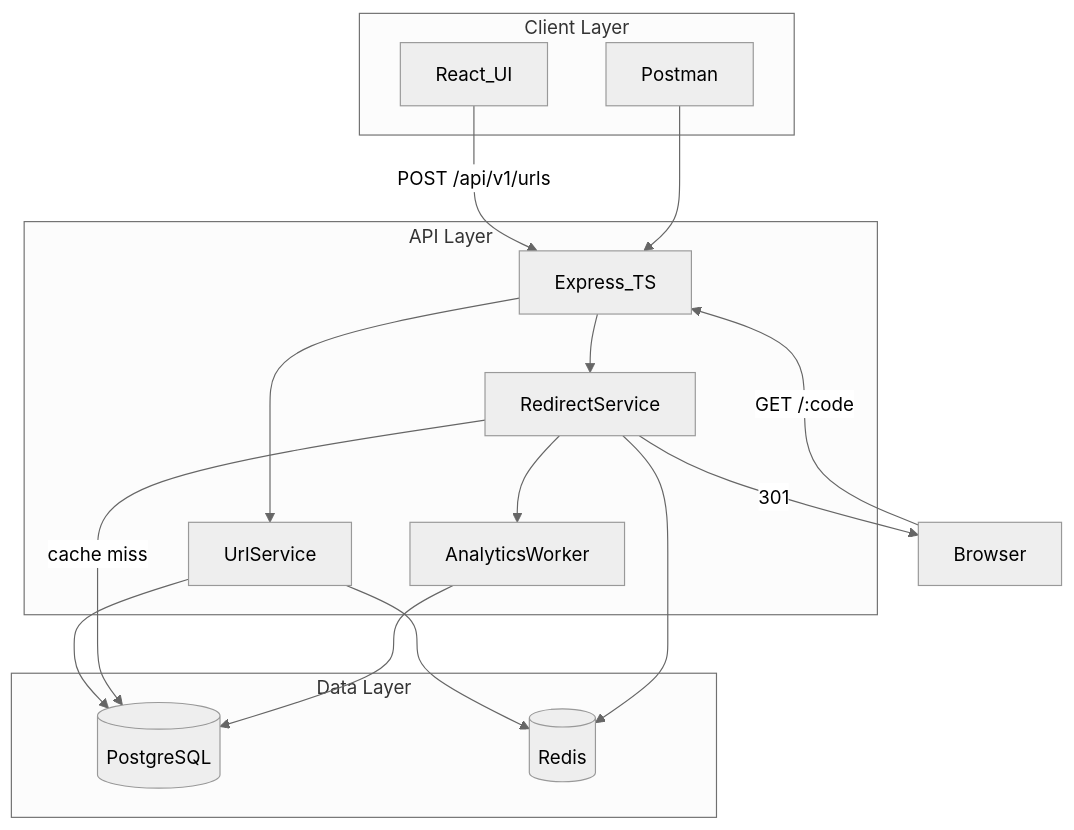
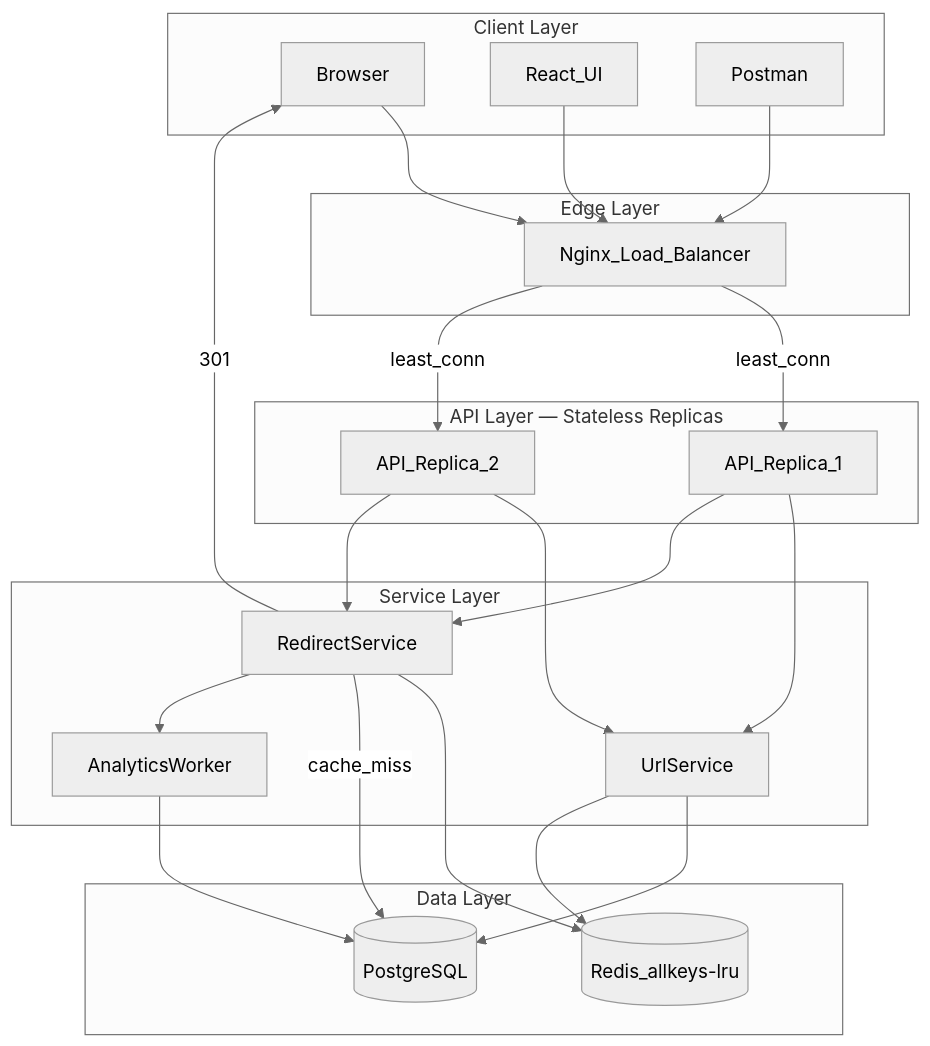
Before and after one commit to swayam-2003/tiny-url-shortner: the first of 3 diagrams in README.md, drawn with Mermaid (neutral theme). The commit also changed other lines of this file and 21 other files, not shown here.

First line of the commit message:
Add Nginx load balancer, security layer, and Redis latency tooling.

````diff
--- a/README.md
+++ b/README.md
@@ -9,32 +9,45 @@
 ```mermaid
 flowchart TB
     subgraph client [Client Layer]
+        Browser[Browser]
         ReactUI[React_UI]
         Postman[Postman]
     end
 
-    subgraph api [API Layer]
-        Express[Express_TS]
+    subgraph edge [Edge Layer]
+        Nginx[Nginx_Load_Balancer]
+    end
+
+    subgraph api [API Layer — Stateless Replicas]
+        API1[API_Replica_1]
+        API2[API_Replica_2]
+    end
+
+    subgraph services [Service Layer]
         UrlSvc[UrlService]
         RedirectSvc[RedirectService]
         Worker[AnalyticsWorker]
     end
 
     subgraph data [Data Layer]
         PG[(PostgreSQL)]
-        Redis[(Redis)]
+        Redis[(Redis_allkeys-lru)]
     end
 
-    ReactUI -->|POST /api/v1/urls| Express
-    Postman --> Express
-    Browser -->|GET /:code| Express
-    Express --> UrlSvc
-    Express --> RedirectSvc
+    Browser --> Nginx
+    ReactUI --> Nginx
+    Postman --> Nginx
+    Nginx -->|least_conn| API1
+    Nginx -->|least_conn| API2
+    API1 --> UrlSvc
+    API1 --> RedirectSvc
+    API2 --> UrlSvc
+    API2 --> RedirectSvc
     UrlSvc --> PG
     UrlSvc --> Redis
     RedirectSvc --> Redis
-    RedirectSvc -->|cache miss| PG
+    RedirectSvc -->|cache_miss| PG
     RedirectSvc -->|301| Browser
     RedirectSvc --> Worker
     Worker --> PG
 ```
````
